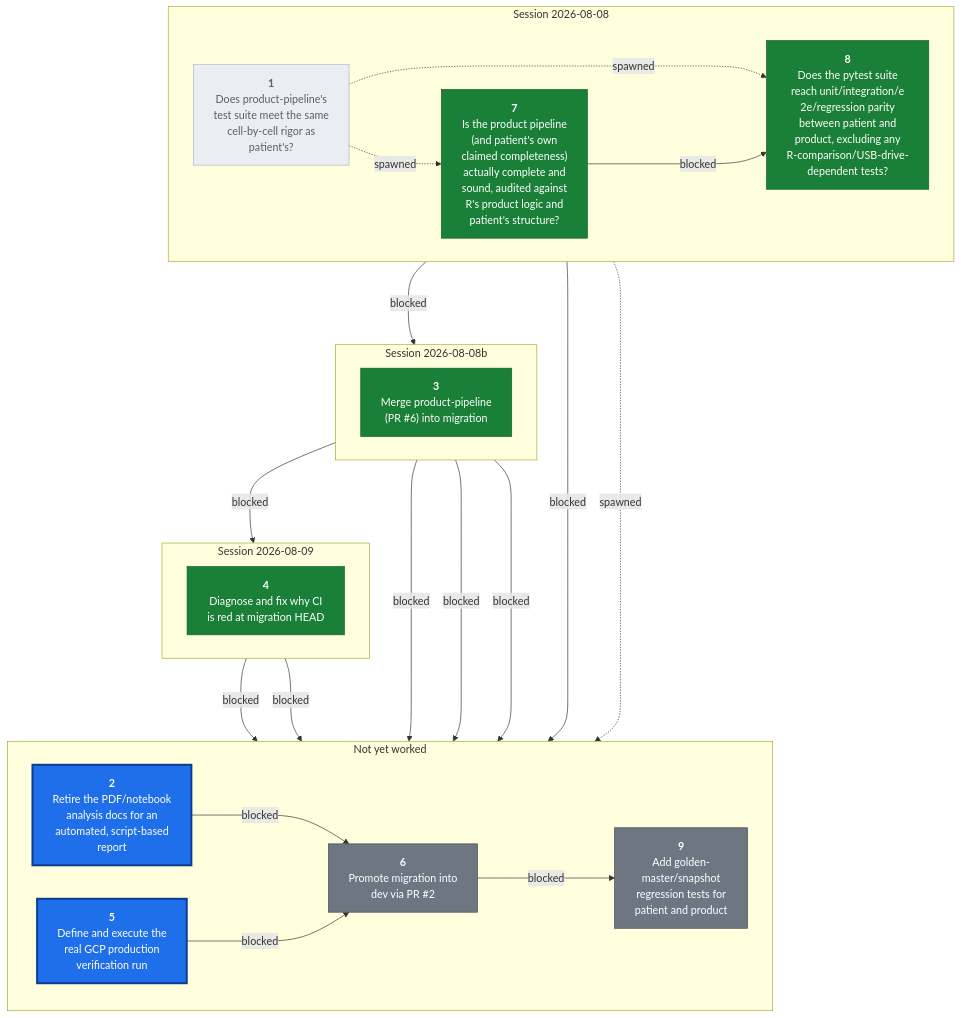
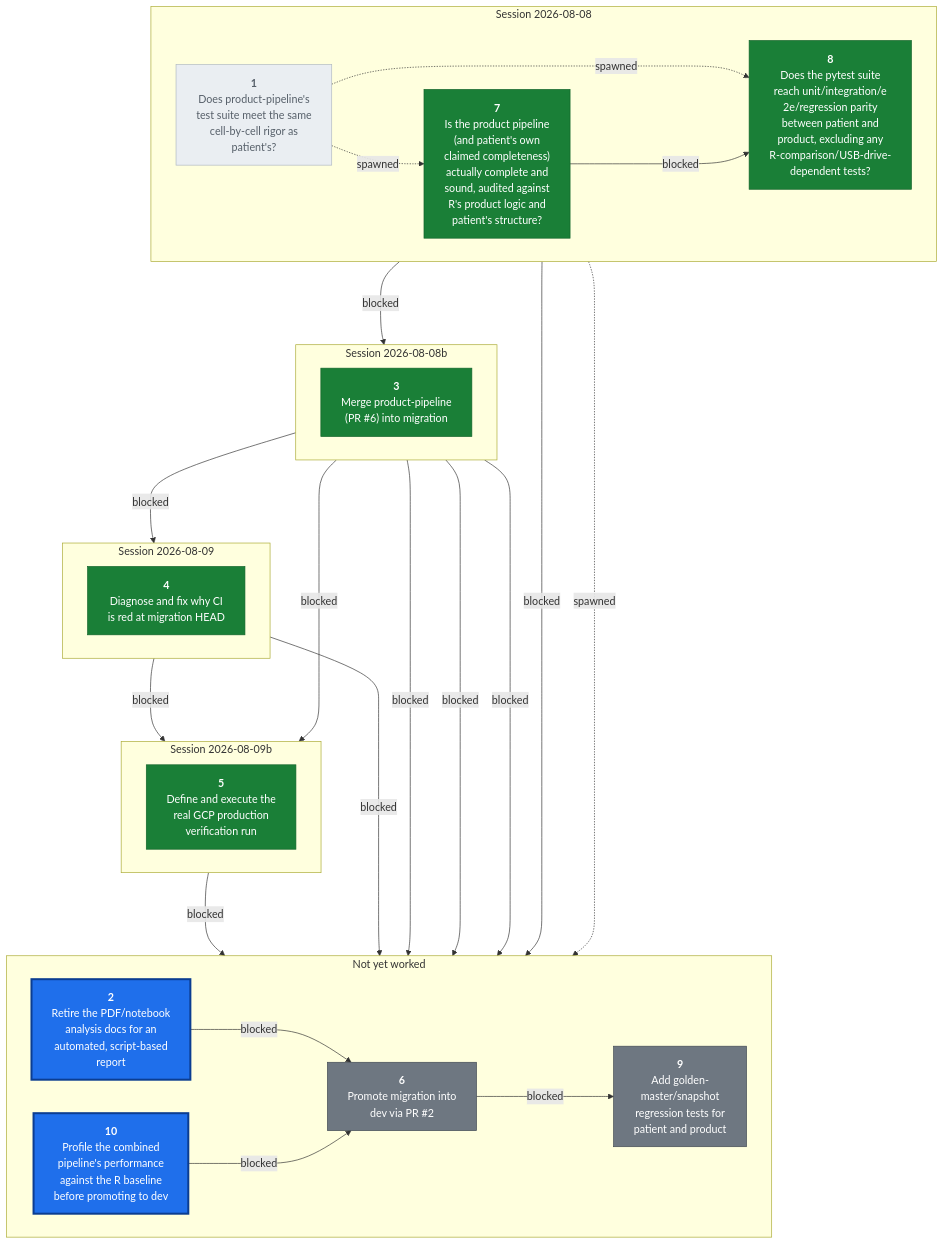
One commit to CorrelAid/a4d changed the second of 2 diagrams in docs/wayfinder/map.md. Above: the diagram before and after it, drawn with Mermaid. The commit also changed other lines of this file and 7 other files, not shown here.

First line of the commit message:
Close wayfinder ticket 5: real GCP production run executed and verified

````diff
--- a/docs/wayfinder/map.md
+++ b/docs/wayfinder/map.md
@@ -308,53 +357,60 @@
 ```mermaid
 flowchart TB
   subgraph S2026_08_08["Session 2026-08-08"]
     direction LR
     U1["<b>1</b><br/>Does product-pipeline's<br/>test suite meet the same<br/>cell-by-cell rigor as<br/>patient's?"]
     U7["<b>7</b><br/>Is the product pipeline<br/>(and patient's own<br/>claimed completeness)<br/>actually complete and<br/>sound, audited against<br/>R's product logic and<br/>patient's structure?"]
     U8["<b>8</b><br/>Does the pytest suite<br/>reach unit/integration/e<br/>2e/regression parity<br/>between patient and<br/>product, excluding any<br/>R-comparison/USB-drive-<br/>dependent tests?"]
   end
   subgraph S2026_08_08b["Session 2026-08-08b"]
     direction LR
     U3["<b>3</b><br/>Merge product-pipeline<br/>(PR #6) into migration"]
   end
   subgraph S2026_08_09["Session 2026-08-09"]
     direction LR
     U4["<b>4</b><br/>Diagnose and fix why CI<br/>is red at migration HEAD"]
   end
+  subgraph S2026_08_09b["Session 2026-08-09b"]
+    direction LR
+    U5["<b>5</b><br/>Define and execute the<br/>real GCP production<br/>verification run"]
+  end
   subgraph Sopen["Not yet worked"]
     direction LR
     U2["<b>2</b><br/>Retire the PDF/notebook<br/>analysis docs for an<br/>automated, script-based<br/>report"]
-    U5["<b>5</b><br/>Define and execute the<br/>real GCP production<br/>verification run"]
     U6["<b>6</b><br/>Promote migration into<br/>dev via PR #2"]
     U9["<b>9</b><br/>Add golden-<br/>master/snapshot<br/>regression tests for<br/>patient and product"]
+    U10["<b>10</b><br/>Profile the combined<br/>pipeline's performance<br/>against the R baseline<br/>before promoting to dev"]
   end
 
   S2026_08_08 ~~~ S2026_08_08b
   S2026_08_08b ~~~ S2026_08_09
-  S2026_08_09 ~~~ Sopen
+  S2026_08_09 ~~~ S2026_08_09b
+  S2026_08_09b ~~~ Sopen
 
   U3 --->|blocked| U2
   U8 --->|blocked| U3
   U3 --->|blocked| U4
   U3 --->|blocked| U5
   U4 --->|blocked| U5
   U8 --->|blocked| U6
   U2 --->|blocked| U6
   U3 --->|blocked| U6
   U4 --->|blocked| U6
   U5 --->|blocked| U6
+  U10 --->|blocked| U6
   U1 -.->|spawned| U7
   U1 -.->|spawned| U8
   U7 --->|blocked| U8
   U8 -.->|spawned| U9
   U6 --->|blocked| U9
+  U3 --->|blocked| U10
 
   classDef tfrontier fill:#1f6feb,stroke:#0b3d91,stroke-width:3px,color:#ffffff
-  class U2,U5 tfrontier
+  class U2,U10 tfrontier
   classDef tblocked fill:#6e7781,stroke:#424a53,stroke-width:1px,color:#ffffff
   class U6,U9 tblocked
   classDef tdecided fill:#1a7f37,stroke:#116329,stroke-width:1px,color:#ffffff
-  class U3,U4,U7,U8 tdecided
+  class U3,U4,U5,U7,U8 tdecided
   classDef tdropped fill:#eaeef2,stroke:#afb8c1,stroke-width:1px,color:#57606a
   class U1 tdropped
 ```
````
